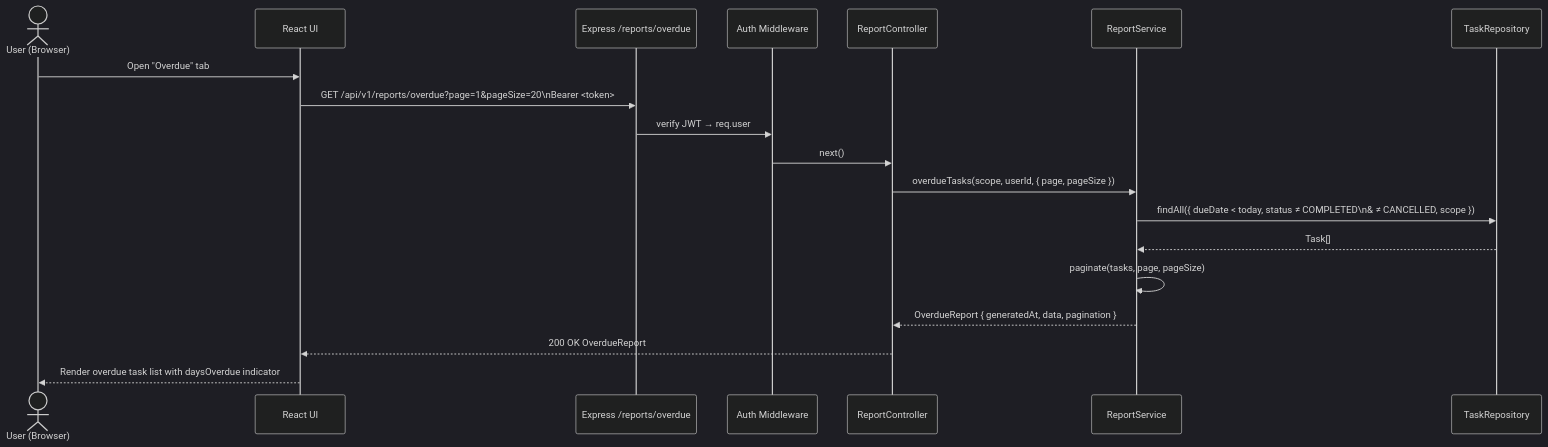
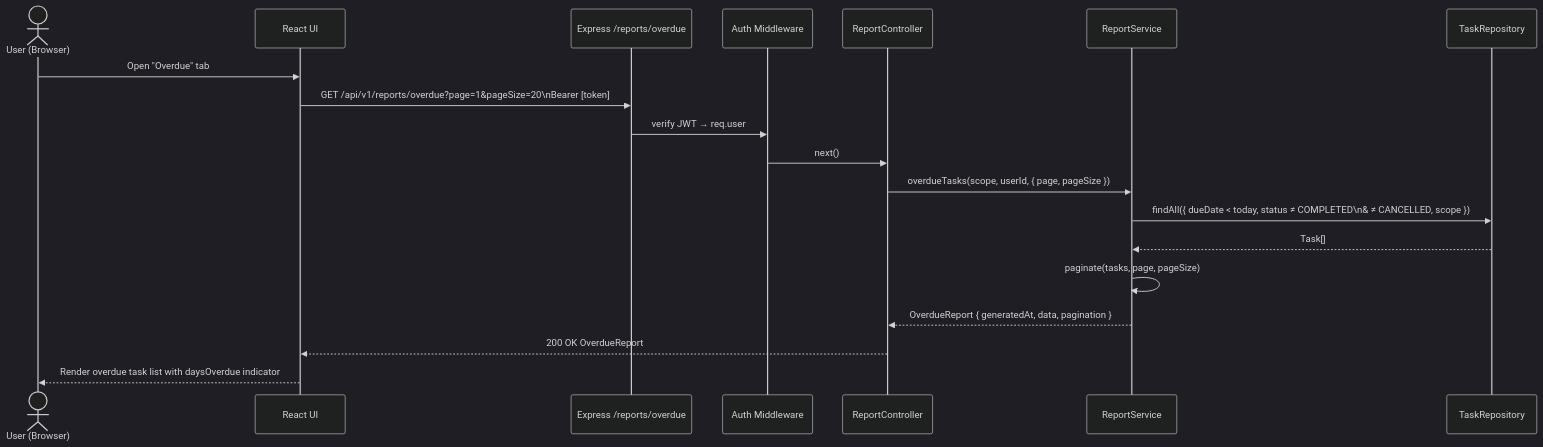
One commit to vijaynvb/ellucian_ghc3 changed diagram 15 of 17 in software-architecture.md. Above: the diagram before and after it, drawn with Mermaid (dark theme). The commit also changed other lines of this file and 14285 other files, not shown here.

````diff
--- a/software-architecture.md
+++ b/software-architecture.md
@@ -840,22 +848,22 @@
 ```mermaid
 sequenceDiagram
     actor User as User (Browser)
     participant UI as React UI
     participant API as Express /reports/overdue
     participant AuthMW as Auth Middleware
     participant RC as ReportController
     participant RS as ReportService
     participant TR as TaskRepository
 
     User->>UI: Open "Overdue" tab
-    UI->>API: GET /api/v1/reports/overdue?page=1&pageSize=20\nBearer <token>
+    UI->>API: GET /api/v1/reports/overdue?page=1&pageSize=20\nBearer [token]
     API->>AuthMW: verify JWT → req.user
     AuthMW->>RC: next()
     RC->>RS: overdueTasks(scope, userId, { page, pageSize })
     RS->>TR: findAll({ dueDate < today, status ≠ COMPLETED\n& ≠ CANCELLED, scope })
     TR-->>RS: Task[]
     RS->>RS: paginate(tasks, page, pageSize)
     RS-->>RC: OverdueReport { generatedAt, data, pagination }
     RC-->>UI: 200 OK OverdueReport
     UI-->>User: Render overdue task list with daysOverdue indicator
 ```
````
